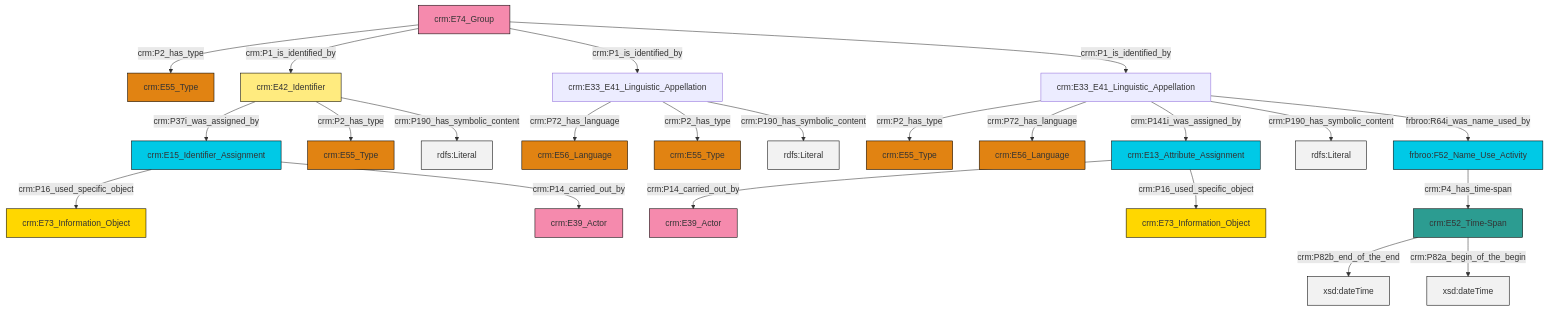
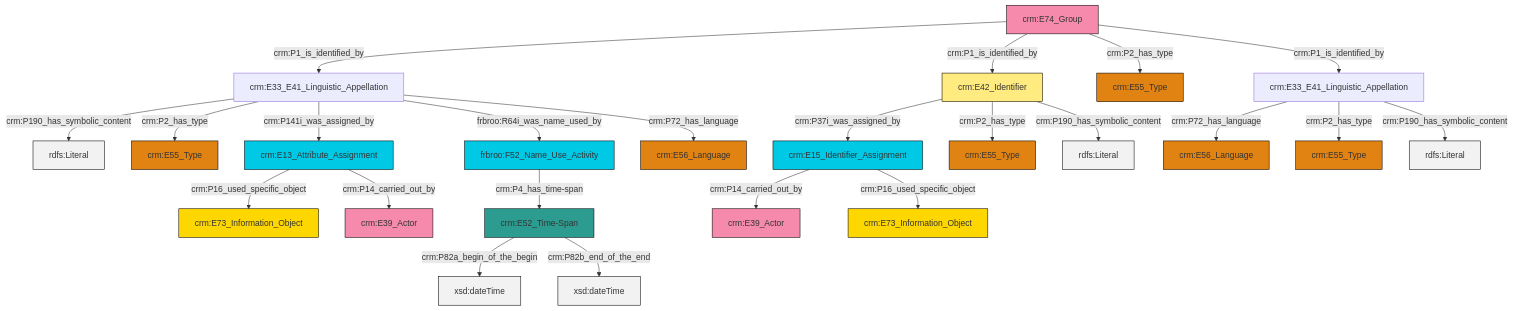
The diagram in et/groupCSV/ttl/mmd/group_name.ttl.mmd (swiss-art-research-net/reference-data-models), drawn with Mermaid before and after one commit. The commit also changed 152 other files, not shown here.

```diff
--- a/et/groupCSV/ttl/mmd/group_name.ttl.mmd
+++ b/et/groupCSV/ttl/mmd/group_name.ttl.mmd
@@ -1,37 +1,37 @@
 graph TD
 classDef Literal fill:#f2f2f2,stroke:#000000;
 classDef CRM_Entity fill:#FFFFFF,stroke:#000000;
 classDef Temporal_Entity fill:#00C9E6, stroke:#000000;
 classDef Type fill:#E18312, stroke:#000000;
 classDef Time-Span fill:#2C9C91, stroke:#000000;
 classDef Appellation fill:#FFEB7F, stroke:#000000;
 classDef Place fill:#008836, stroke:#000000;
 classDef Persistent_Item fill:#B266B2, stroke:#000000;
 classDef Conceptual_Object fill:#FFD700, stroke:#000000;
 classDef Physical_Thing fill:#D2B48C, stroke:#000000;
 classDef Actor fill:#f58aad, stroke:#000000;
 classDef PC_Classes fill:#4ce600, stroke:#000000;
 classDef Multi fill:#cccccc,stroke:#000000;
 
-0["crm:E33_E41_Linguistic_Appellation"]:::Default -->|crm:P2_has_type| 1["crm:E55_Type"]:::Type
-2["crm:E15_Identifier_Assignment"]:::Temporal_Entity -->|crm:P16_used_specific_object| 3["crm:E73_Information_Object"]:::Conceptual_Object
-4["crm:E33_E41_Linguistic_Appellation"]:::Default -->|crm:P72_has_language| 5["crm:E56_Language"]:::Type
-6["crm:E42_Identifier"]:::Appellation -->|crm:P37i_was_assigned_by| 2["crm:E15_Identifier_Assignment"]:::Temporal_Entity
-7["crm:E74_Group"]:::Actor -->|crm:P2_has_type| 9["crm:E55_Type"]:::Type
-0["crm:E33_E41_Linguistic_Appellation"]:::Default -->|crm:P72_has_language| 13["crm:E56_Language"]:::Type
-4["crm:E33_E41_Linguistic_Appellation"]:::Default -->|crm:P2_has_type| 14["crm:E55_Type"]:::Type
-4["crm:E33_E41_Linguistic_Appellation"]:::Default -->|crm:P190_has_symbolic_content| 23[rdfs:Literal]:::Literal
-24["crm:E52_Time-Span"]:::Time-Span -->|crm:P82b_end_of_the_end| 25[xsd:dateTime]:::Literal
-0["crm:E33_E41_Linguistic_Appellation"]:::Default -->|crm:P141i_was_assigned_by| 21["crm:E13_Attribute_Assignment"]:::Temporal_Entity
-6["crm:E42_Identifier"]:::Appellation -->|crm:P2_has_type| 26["crm:E55_Type"]:::Type
-6["crm:E42_Identifier"]:::Appellation -->|crm:P190_has_symbolic_content| 29[rdfs:Literal]:::Literal
-7["crm:E74_Group"]:::Actor -->|crm:P1_is_identified_by| 6["crm:E42_Identifier"]:::Appellation
-24["crm:E52_Time-Span"]:::Time-Span -->|crm:P82a_begin_of_the_begin| 39[xsd:dateTime]:::Literal
-2["crm:E15_Identifier_Assignment"]:::Temporal_Entity -->|crm:P14_carried_out_by| 11["crm:E39_Actor"]:::Actor
-7["crm:E74_Group"]:::Actor -->|crm:P1_is_identified_by| 4["crm:E33_E41_Linguistic_Appellation"]:::Default
-0["crm:E33_E41_Linguistic_Appellation"]:::Default -->|crm:P190_has_symbolic_content| 40[rdfs:Literal]:::Literal
-21["crm:E13_Attribute_Assignment"]:::Temporal_Entity -->|crm:P14_carried_out_by| 33["crm:E39_Actor"]:::Actor
-35["frbroo:F52_Name_Use_Activity"]:::Temporal_Entity -->|crm:P4_has_time-span| 24["crm:E52_Time-Span"]:::Time-Span
-7["crm:E74_Group"]:::Actor -->|crm:P1_is_identified_by| 0["crm:E33_E41_Linguistic_Appellation"]:::Default
-21["crm:E13_Attribute_Assignment"]:::Temporal_Entity -->|crm:P16_used_specific_object| 31["crm:E73_Information_Object"]:::Conceptual_Object
-0["crm:E33_E41_Linguistic_Appellation"]:::Default -->|frbroo:R64i_was_name_used_by| 35["frbroo:F52_Name_Use_Activity"]:::Temporal_Entity
+0["crm:E74_Group"]:::Actor -->|crm:P1_is_identified_by| 1["crm:E33_E41_Linguistic_Appellation"]:::Default
+2["crm:E13_Attribute_Assignment"]:::Temporal_Entity -->|crm:P16_used_specific_object| 3["crm:E73_Information_Object"]:::Conceptual_Object
+6["crm:E42_Identifier"]:::Appellation -->|crm:P37i_was_assigned_by| 7["crm:E15_Identifier_Assignment"]:::Temporal_Entity
+7["crm:E15_Identifier_Assignment"]:::Temporal_Entity -->|crm:P14_carried_out_by| 8["crm:E39_Actor"]:::Actor
+0["crm:E74_Group"]:::Actor -->|crm:P1_is_identified_by| 6["crm:E42_Identifier"]:::Appellation
+2["crm:E13_Attribute_Assignment"]:::Temporal_Entity -->|crm:P14_carried_out_by| 12["crm:E39_Actor"]:::Actor
+4["crm:E33_E41_Linguistic_Appellation"]:::Default -->|crm:P72_has_language| 13["crm:E56_Language"]:::Type
+1["crm:E33_E41_Linguistic_Appellation"]:::Default -->|crm:P190_has_symbolic_content| 14[rdfs:Literal]:::Literal
+1["crm:E33_E41_Linguistic_Appellation"]:::Default -->|crm:P2_has_type| 19["crm:E55_Type"]:::Type
+1["crm:E33_E41_Linguistic_Appellation"]:::Default -->|crm:P141i_was_assigned_by| 2["crm:E13_Attribute_Assignment"]:::Temporal_Entity
+1["crm:E33_E41_Linguistic_Appellation"]:::Default -->|frbroo:R64i_was_name_used_by| 20["frbroo:F52_Name_Use_Activity"]:::Temporal_Entity
+0["crm:E74_Group"]:::Actor -->|crm:P2_has_type| 21["crm:E55_Type"]:::Type
+4["crm:E33_E41_Linguistic_Appellation"]:::Default -->|crm:P2_has_type| 15["crm:E55_Type"]:::Type
+1["crm:E33_E41_Linguistic_Appellation"]:::Default -->|crm:P72_has_language| 23["crm:E56_Language"]:::Type
+7["crm:E15_Identifier_Assignment"]:::Temporal_Entity -->|crm:P16_used_specific_object| 9["crm:E73_Information_Object"]:::Conceptual_Object
+6["crm:E42_Identifier"]:::Appellation -->|crm:P2_has_type| 28["crm:E55_Type"]:::Type
+20["frbroo:F52_Name_Use_Activity"]:::Temporal_Entity -->|crm:P4_has_time-span| 29["crm:E52_Time-Span"]:::Time-Span
+6["crm:E42_Identifier"]:::Appellation -->|crm:P190_has_symbolic_content| 33[rdfs:Literal]:::Literal
+0["crm:E74_Group"]:::Actor -->|crm:P1_is_identified_by| 4["crm:E33_E41_Linguistic_Appellation"]:::Default
+4["crm:E33_E41_Linguistic_Appellation"]:::Default -->|crm:P190_has_symbolic_content| 36[rdfs:Literal]:::Literal
+29["crm:E52_Time-Span"]:::Time-Span -->|crm:P82a_begin_of_the_begin| 39[xsd:dateTime]:::Literal
+29["crm:E52_Time-Span"]:::Time-Span -->|crm:P82b_end_of_the_end| 40[xsd:dateTime]:::Literal
```
